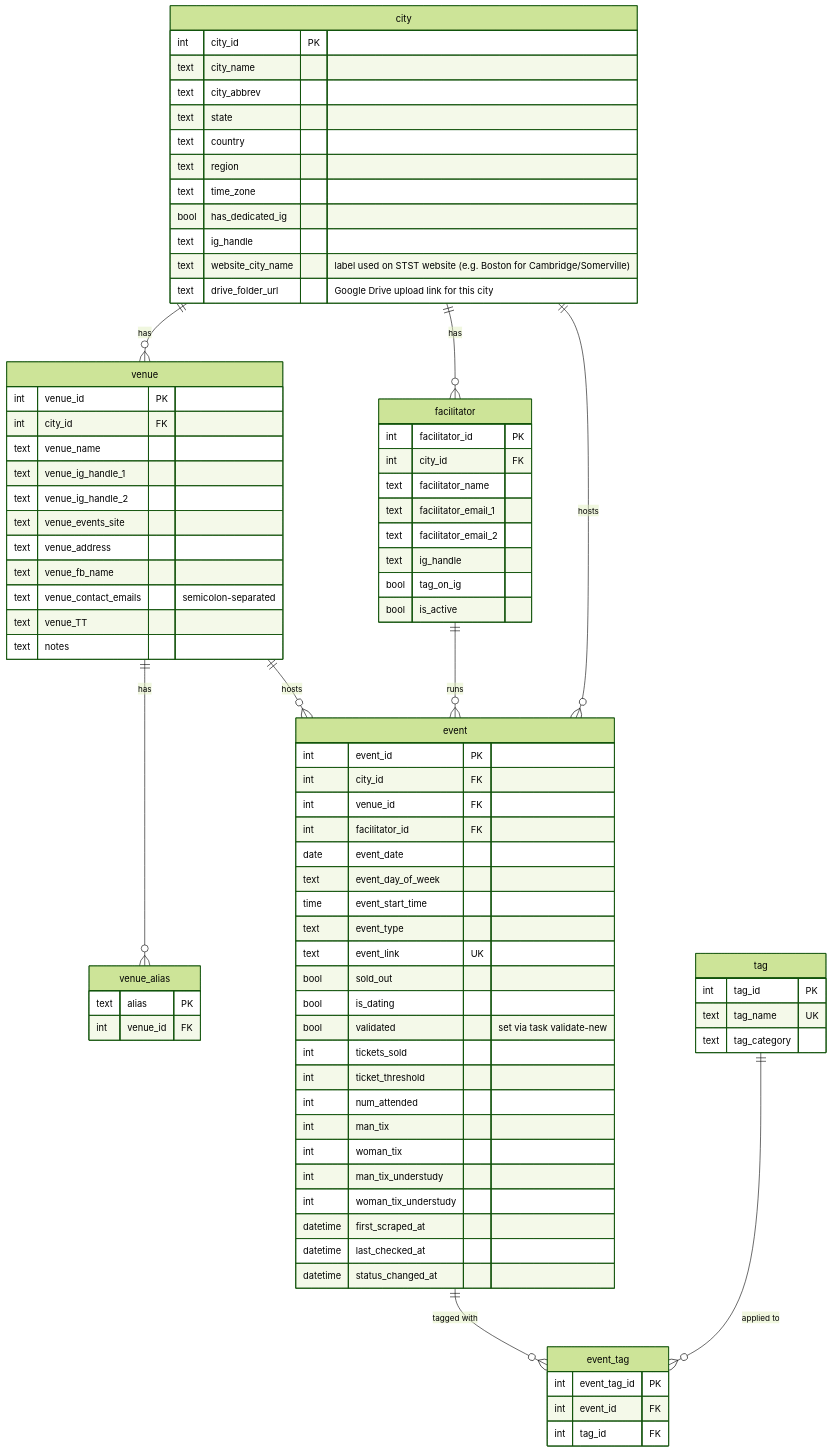
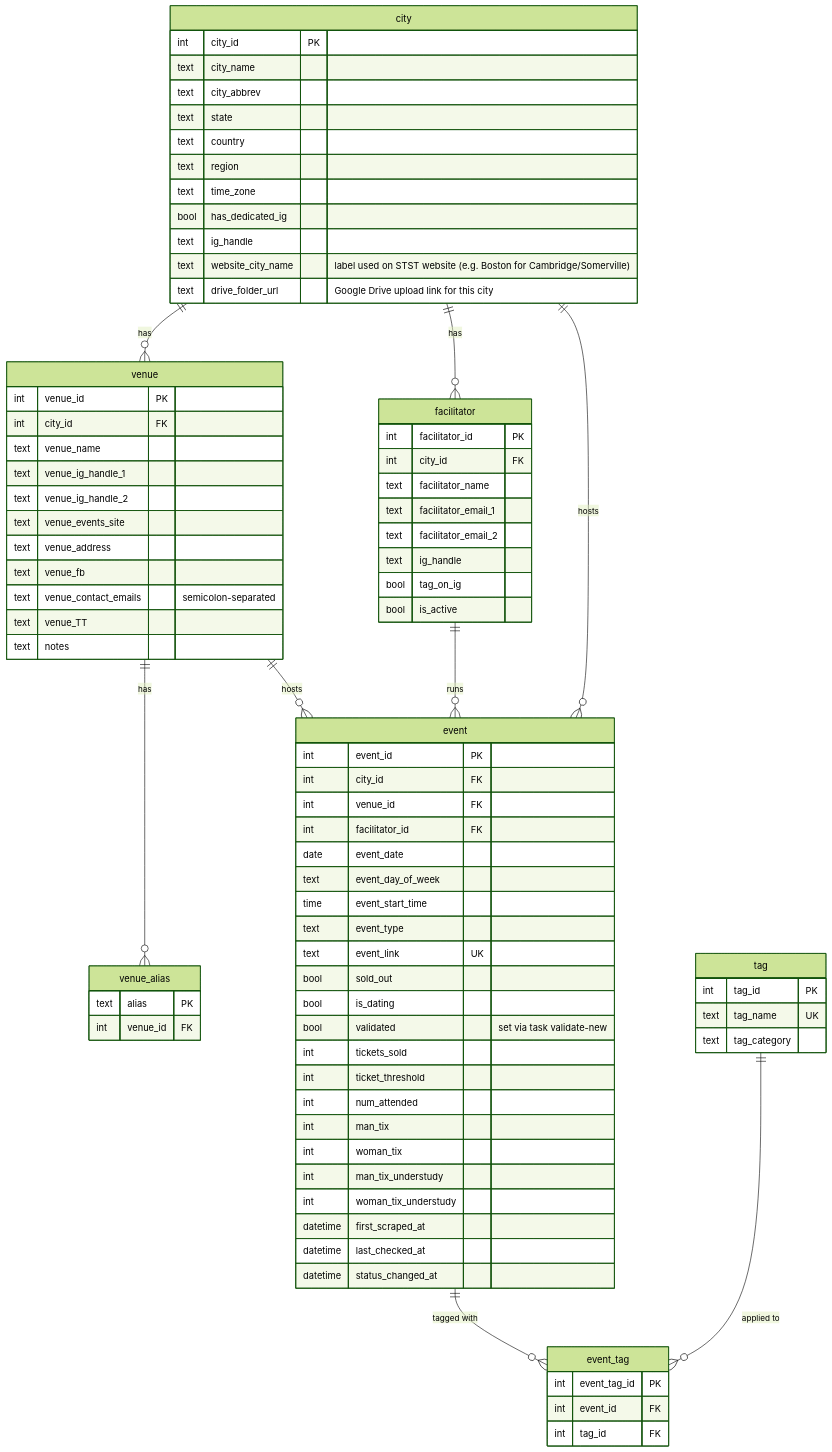
Before and after one commit to ellen-dege/stst_dev: the diagram in README.md, drawn with Mermaid (forest theme). The commit also changed other lines of this file and 6 other files, not shown here.

Commit message:
updated venue_events_site and venue_fb_name DB names across files and documentation

```diff
--- a/README.md
+++ b/README.md
@@ -148,7 +148,7 @@
         text venue_ig_handle_2
         text venue_events_site
         text venue_address
-        text venue_fb_name
+        text venue_fb
         text venue_contact_emails "semicolon-separated"
         text venue_TT
         text notes
```
